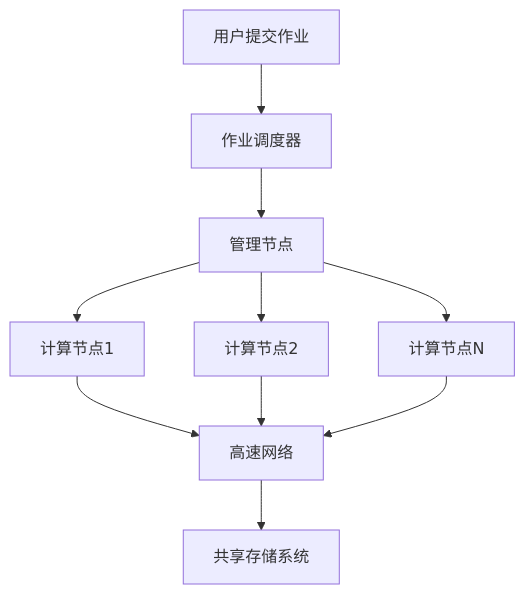
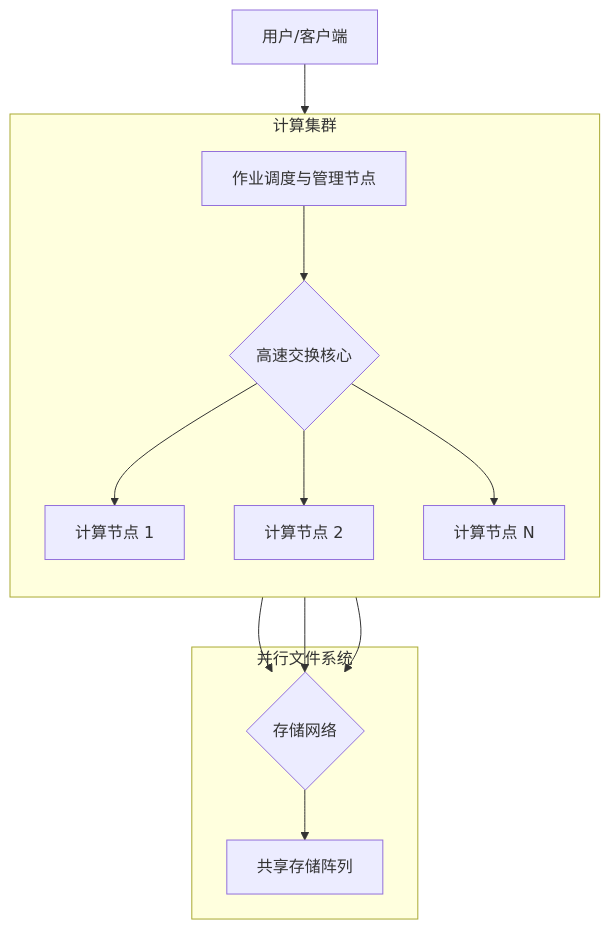
The first of 2 diagrams in 第四章.md (ttkk1024/praccdofhpc), drawn with Mermaid before and after one commit. The commit also changed other lines of this file, not shown here.

````diff
--- a/第四章.md
+++ b/第四章.md
@@ -23,12 +54,19 @@
 ```mermaid
 graph TB
-    A[用户提交作业] --> B[作业调度器]
-    B --> C[管理节点]
-    C --> D[计算节点1]
-    C --> E[计算节点2]
-    C --> F[计算节点N]
-    D --> G[高速网络]
-    E --> G
-    F --> G
-    G --> H[共享存储系统]
+    User[用户/客户端] --> Scheduler[作业调度与管理节点]
+    
+    subgraph ComputeCluster [计算集群]
+        direction TB
+        Scheduler --> Switch{高速交换核心}
+        Switch --> Node1[计算节点 1]
+        Switch --> Node2[计算节点 2]
+        Switch --> NodeN[计算节点 N]
+    end
+    
+    subgraph StorageSystem [并行文件系统]
+        Node1 --> StorageSwitch{存储网络}
+        Node2 --> StorageSwitch
+        NodeN --> StorageSwitch
+        StorageSwitch --> StorageArray[共享存储阵列]
+    end
 ```
````
